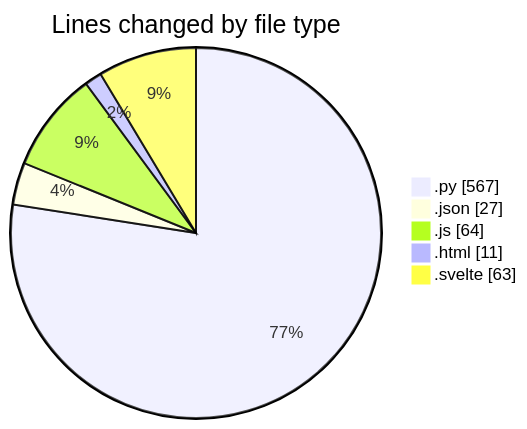
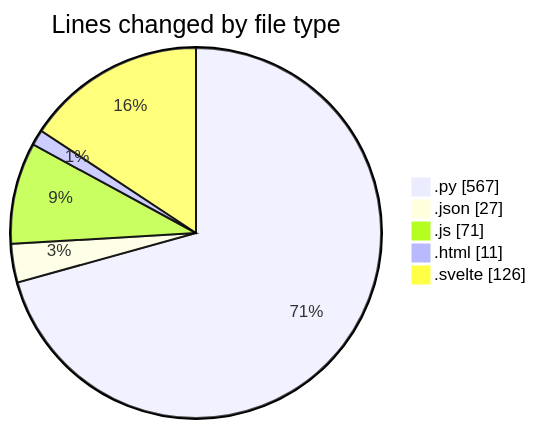
One commit to lephambinh05/code-tracking changed the first of 2 diagrams in 2025-07-10/toolsopenemalpass/README.md. Above: the diagram before and after it, drawn with Mermaid. The commit also changed other lines of this file and 1 other file, not shown here.

````diff
--- a/2025-07-10/toolsopenemalpass/README.md
+++ b/2025-07-10/toolsopenemalpass/README.md
@@ -37,9 +44,9 @@
 ```mermaid
 pie showData
 title Lines changed by file type
 ".py" : 567
 ".json" : 27
-".js" : 64
+".js" : 71
 ".html" : 11
-".svelte" : 63
+".svelte" : 126
 ```
````
